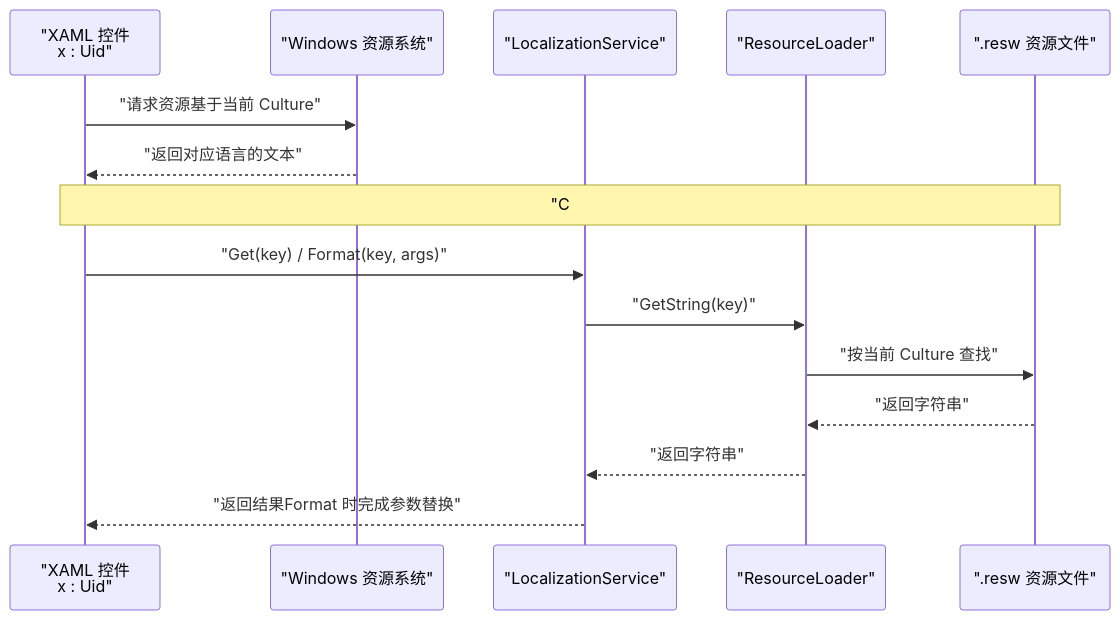
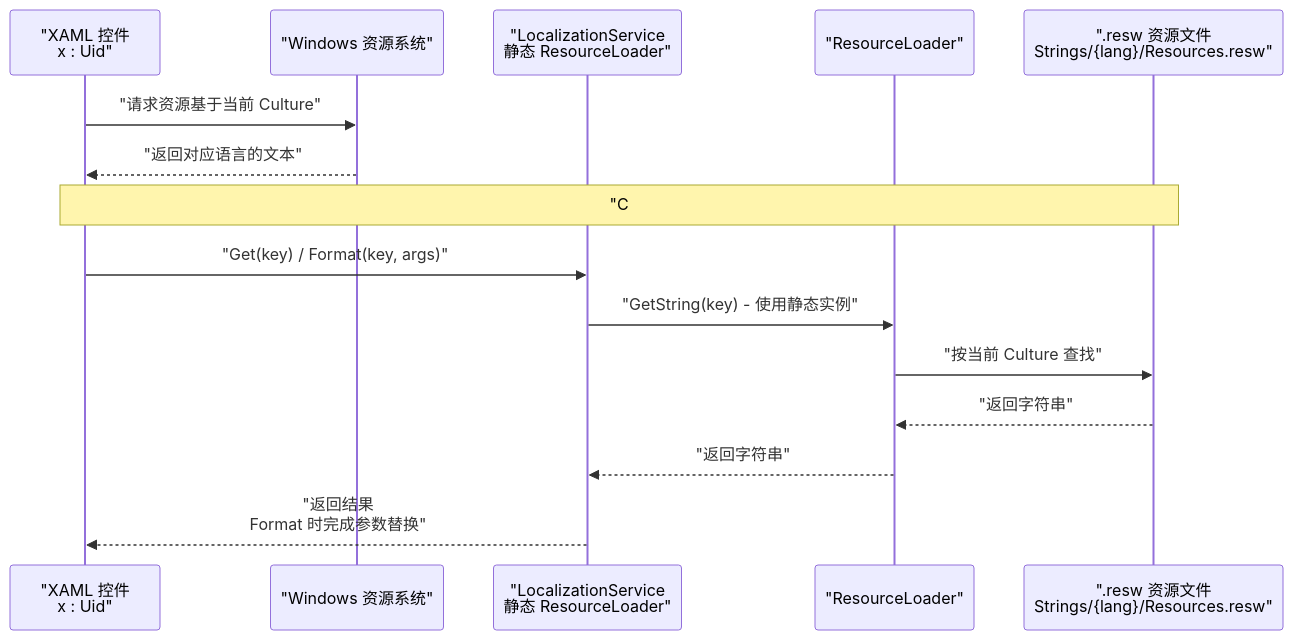
One commit to AgenticDesktop/App changed the second of 4 diagrams in .qoder/repowiki/zh/content/服务层设计/国际化服务.md. Above: the diagram before and after it, drawn with Mermaid. The commit also changed other lines of this file and 108 other files, not shown here.

````diff
--- a/.qoder/repowiki/zh/content/服务层设计/国际化服务.md
+++ b/.qoder/repowiki/zh/content/服务层设计/国际化服务.md
@@ -105,17 +113,17 @@
 ```mermaid
 sequenceDiagram
 participant UI as "XAML 控件<br/>x : Uid"
 participant OS as "Windows 资源系统"
-participant LS as "LocalizationService"
+participant LS as "LocalizationService<br/>静态 ResourceLoader"
 participant RL as "ResourceLoader"
-participant RES as ".resw 资源文件"
+participant RES as ".resw 资源文件<br/>Strings/{lang}/Resources.resw"
 UI->>OS : "请求资源基于当前 Culture"
 OS-->>UI : "返回对应语言的文本"
 Note over UI,RES : "C# 侧通过 LocalizationService 访问资源"
 UI->>LS : "Get(key) / Format(key, args)"
-LS->>RL : "GetString(key)"
+LS->>RL : "GetString(key) - 使用静态实例"
 RL->>RES : "按当前 Culture 查找"
 RES-->>RL : "返回字符串"
 RL-->>LS : "返回字符串"
-LS-->>UI : "返回结果Format 时完成参数替换"
+LS-->>UI : "返回结果<br/>Format 时完成参数替换"
 ```
````
